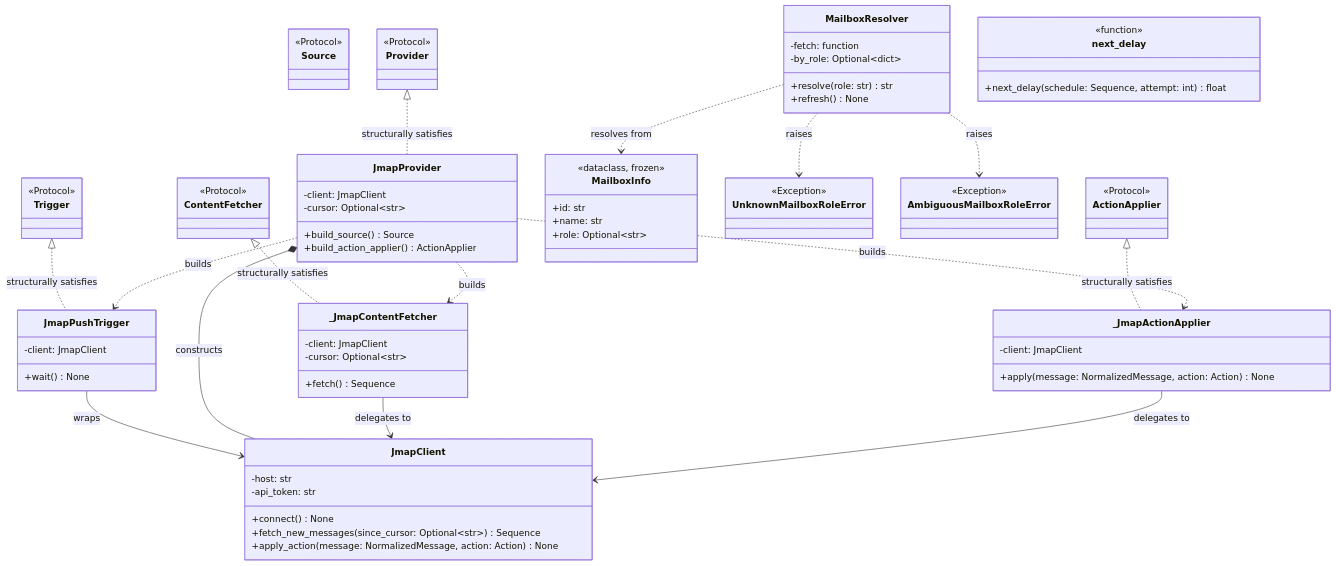
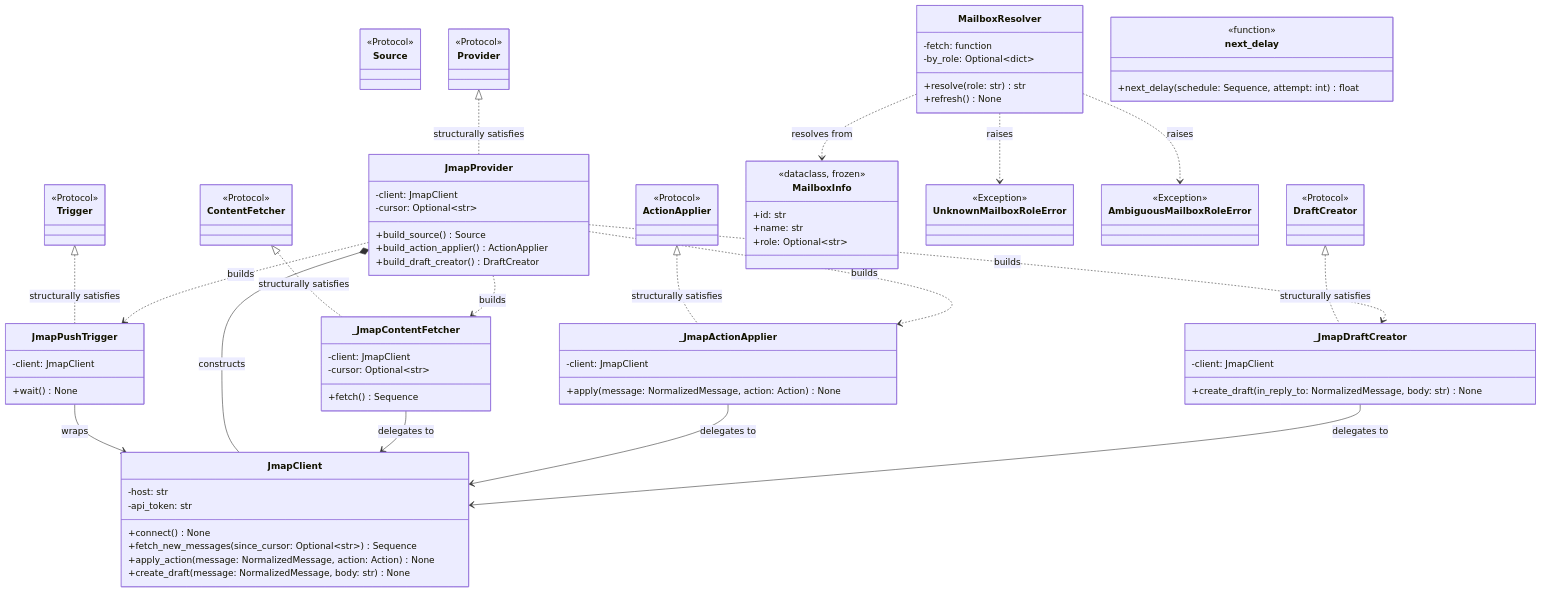
One commit to Stainless5166/friendly-octo-spork changed the sixth of 27 diagrams in docs/DESIGN.md. Above: the diagram before and after it, drawn with Mermaid. The commit also changed other lines of this file, not shown here.

First line of the commit message:
Design: draft creation path via Provider.build_draft_creator() (§10.6)

````diff
--- a/docs/DESIGN.md
+++ b/docs/DESIGN.md
@@ -361,69 +367,79 @@
 ```mermaid
 classDiagram
     class Trigger { <<Protocol>> }
     class ContentFetcher { <<Protocol>> }
     class Source { <<Protocol>> }
     class ActionApplier { <<Protocol>> }
+    class DraftCreator { <<Protocol>> }
     class Provider { <<Protocol>> }
 
     class JmapClient {
         -host: str
         -api_token: str
         +connect() None
         +fetch_new_messages(since_cursor: Optional~str~) Sequence
         +apply_action(message: NormalizedMessage, action: Action) None
+        +create_draft(message: NormalizedMessage, body: str) None
     }
     class JmapPushTrigger {
         -client: JmapClient
         +wait() None
     }
     class MailboxInfo {
         <<dataclass, frozen>>
         +id: str
         +name: str
         +role: Optional~str~
     }
     class UnknownMailboxRoleError { <<Exception>> }
     class AmbiguousMailboxRoleError { <<Exception>> }
     class MailboxResolver {
         -fetch: function
         -by_role: Optional~dict~
         +resolve(role: str) str
         +refresh() None
     }
     class next_delay {
         <<function>>
         +next_delay(schedule: Sequence, attempt: int) float
     }
     class JmapProvider {
         -client: JmapClient
         -cursor: Optional~str~
         +build_source() Source
         +build_action_applier() ActionApplier
+        +build_draft_creator() DraftCreator
     }
     class _JmapContentFetcher {
         -client: JmapClient
         -cursor: Optional~str~
         +fetch() Sequence
     }
     class _JmapActionApplier {
         -client: JmapClient
         +apply(message: NormalizedMessage, action: Action) None
     }
+    class _JmapDraftCreator {
+        -client: JmapClient
+        +create_draft(in_reply_to: NormalizedMessage, body: str) None
+    }
 
     Trigger <|.. JmapPushTrigger : structurally satisfies
     ContentFetcher <|.. _JmapContentFetcher : structurally satisfies
     ActionApplier <|.. _JmapActionApplier : structurally satisfies
+    DraftCreator <|.. _JmapDraftCreator : structurally satisfies
     Provider <|.. JmapProvider : structurally satisfies
 
     JmapPushTrigger --> JmapClient : wraps
     MailboxResolver ..> MailboxInfo : resolves from
     MailboxResolver ..> UnknownMailboxRoleError : raises
     MailboxResolver ..> AmbiguousMailboxRoleError : raises
     JmapProvider *-- JmapClient : constructs
     JmapProvider ..> JmapPushTrigger : builds
     JmapProvider ..> _JmapContentFetcher : builds
     JmapProvider ..> _JmapActionApplier : builds
+    JmapProvider ..> _JmapDraftCreator : builds
     _JmapContentFetcher --> JmapClient : delegates to
     _JmapActionApplier --> JmapClient : delegates to
+    _JmapDraftCreator --> JmapClient : delegates to
 ```
````
